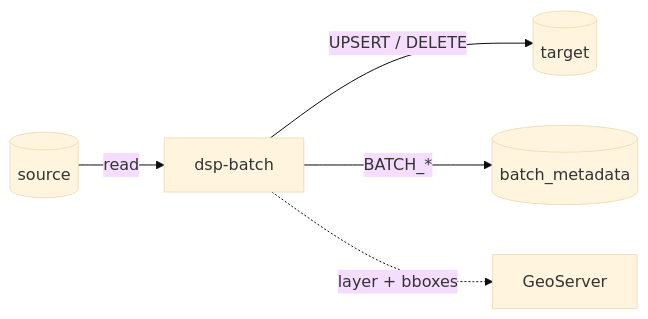
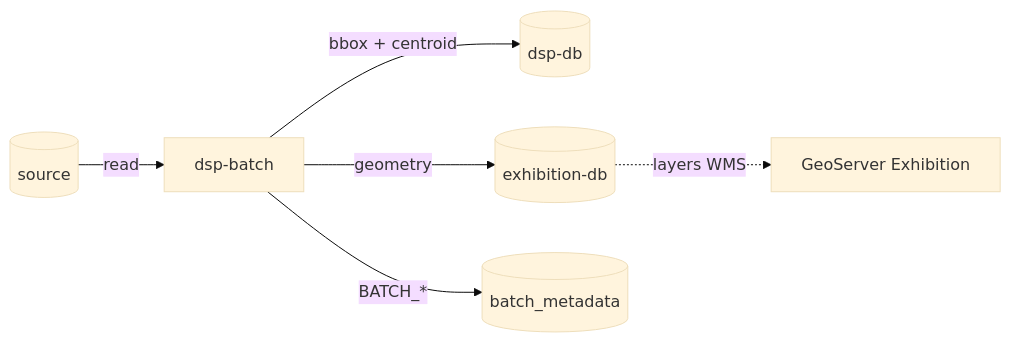
The first of 2 diagrams in docs/migration/overview.md (kleber-albino/rer-dsp-docs), drawn with Mermaid (base theme) before and after one commit. The commit also changed other lines of this file and 11 other files, not shown here.

First line of the commit message:
docs: remove outdated diagram options and update migration/architecture docs for dual-db setup

````diff
--- a/docs/migration/overview.md
+++ b/docs/migration/overview.md
@@ -46,7 +45,8 @@
 ```mermaid
 flowchart LR
   src[(source)] -->|read| app[dsp-batch]
-  app -->|UPSERT / DELETE| tgt[(target)]
+  app -->|bbox + centroid| tgt[(dsp-db)]
+  app -->|geometry| geo[(exhibition-db)]
   app -->|BATCH_*| meta[(batch_metadata)]
-  app -.->|layer + bboxes| gs[GeoServer]
+  geo -.->|layers WMS| gs[GeoServer Exhibition]
 ```
````
